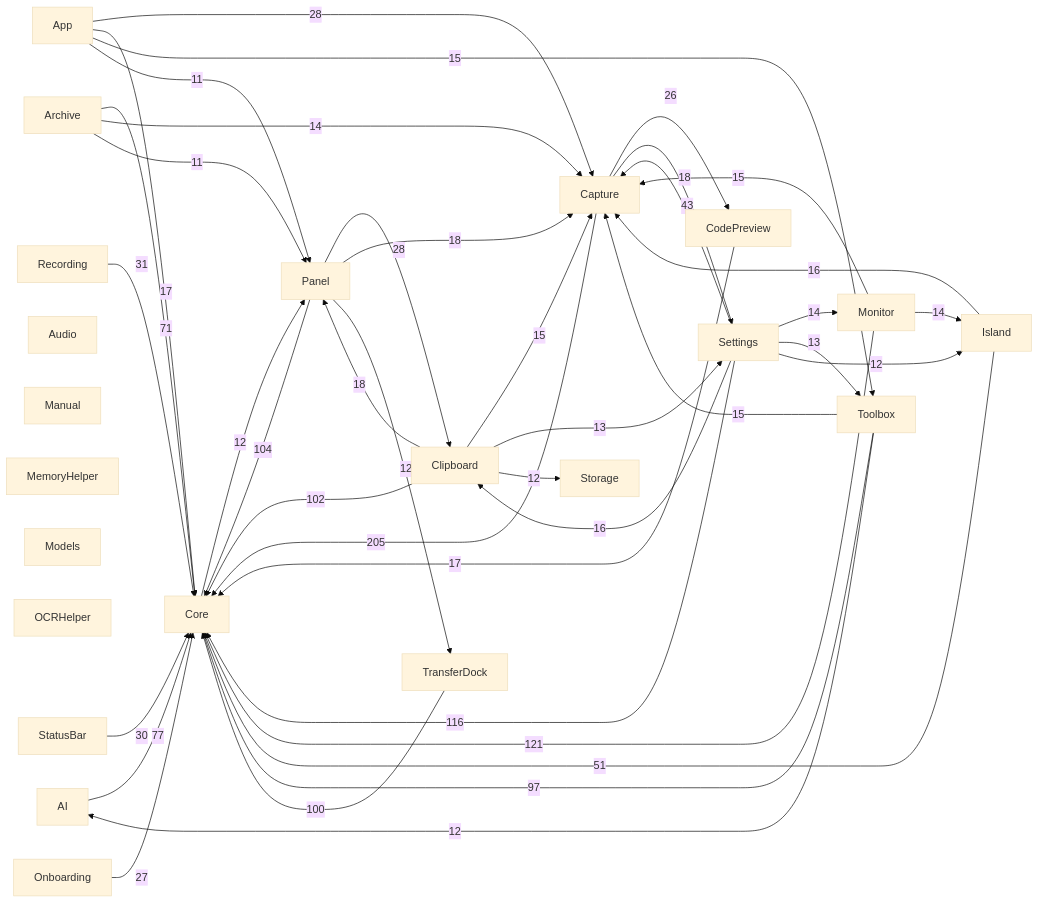
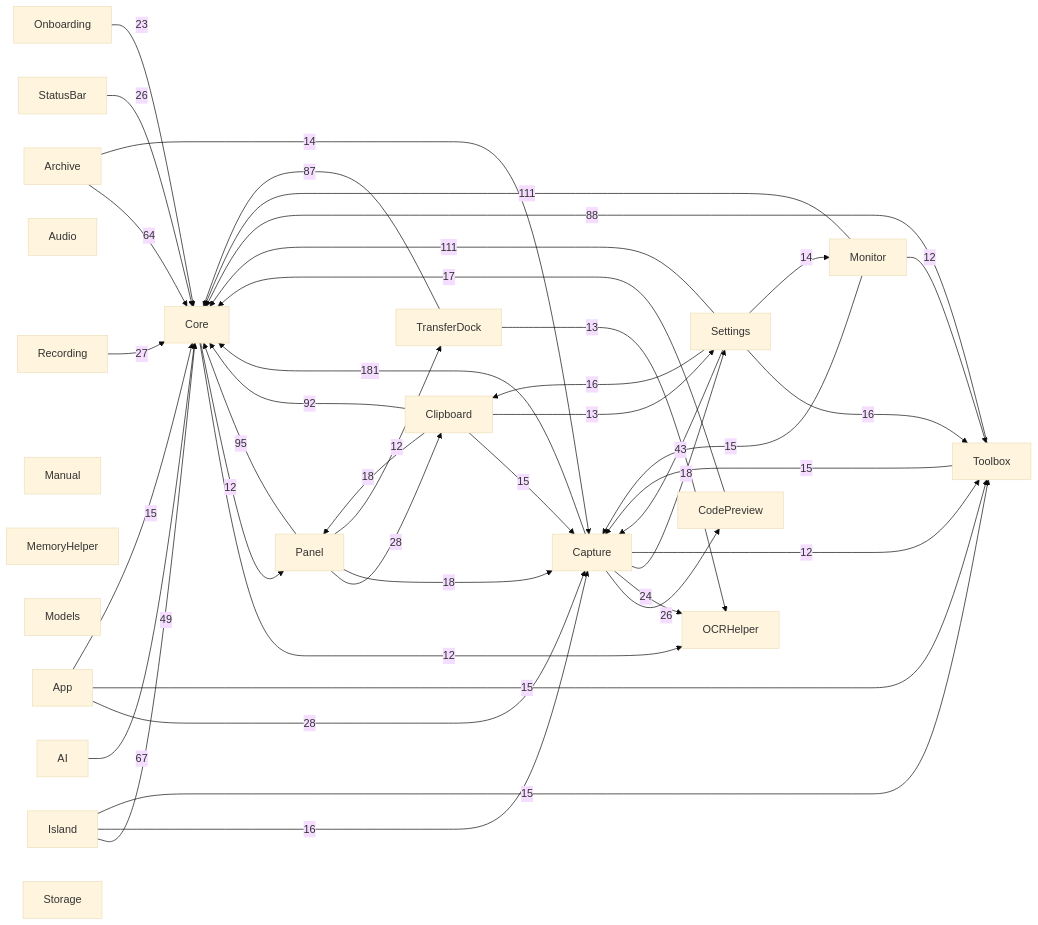
The diagram in docs/00-总览/模块依赖图.md (sxyq/Kitnest), drawn with Mermaid (base theme) before and after one commit. The commit also changed other lines of this file and 3 other files, not shown here.

````diff
--- a/docs/00-总览/模块依赖图.md
+++ b/docs/00-总览/模块依赖图.md
@@ -36,65 +36,65 @@
 ```mermaid
 flowchart LR
   M0["AI"]
   M1["App"]
   M2["Archive"]
   M3["Audio"]
   M4["Capture"]
   M5["Clipboard"]
   M6["CodePreview"]
   M7["Core"]
   M8["Island"]
   M9["Manual"]
   M10["MemoryHelper"]
   M11["Models"]
   M12["Monitor"]
   M13["OCRHelper"]
   M14["Onboarding"]
   M15["Panel"]
   M16["Recording"]
   M17["Settings"]
   M18["StatusBar"]
   M19["Storage"]
   M20["Toolbox"]
   M21["TransferDock"]
-  M4 -->|205| M7
-  M12 -->|121| M7
-  M17 -->|116| M7
-  M15 -->|104| M7
-  M5 -->|102| M7
-  M21 -->|100| M7
-  M20 -->|97| M7
-  M0 -->|77| M7
-  M2 -->|71| M7
-  M8 -->|51| M7
+  M4 -->|181| M7
+  M17 -->|111| M7
+  M12 -->|111| M7
+  M15 -->|95| M7
+  M5 -->|92| M7
+  M20 -->|88| M7
+  M21 -->|87| M7
+  M0 -->|67| M7
+  M2 -->|64| M7
+  M8 -->|49| M7
   M17 -->|43| M4
-  M16 -->|31| M7
-  M18 -->|30| M7
   M1 -->|28| M4
   M15 -->|28| M5
-  M14 -->|27| M7
+  M16 -->|27| M7
   M4 -->|26| M6
+  M18 -->|26| M7
+  M4 -->|24| M13
+  M14 -->|23| M7
   M4 -->|18| M17
+  M15 -->|18| M4
   M5 -->|18| M15
-  M15 -->|18| M4
-  M1 -->|17| M7
   M6 -->|17| M7
+  M17 -->|16| M20
+  M17 -->|16| M5
   M8 -->|16| M4
-  M17 -->|16| M5
   M1 -->|15| M20
-  M5 -->|15| M4
+  M1 -->|15| M7
   M12 -->|15| M4
   M20 -->|15| M4
+  M8 -->|15| M20
+  M5 -->|15| M4
+  M17 -->|14| M12
   M2 -->|14| M4
-  M12 -->|14| M8
-  M17 -->|14| M12
+  M21 -->|13| M13
   M5 -->|13| M17
-  M17 -->|13| M20
+  M7 -->|12| M13
   M7 -->|12| M15
-  M5 -->|12| M19
+  M4 -->|12| M20
+  M12 -->|12| M20
   M15 -->|12| M21
-  M17 -->|12| M8
-  M20 -->|12| M0
-  M1 -->|11| M15
-  M2 -->|11| M15
 ```
````
